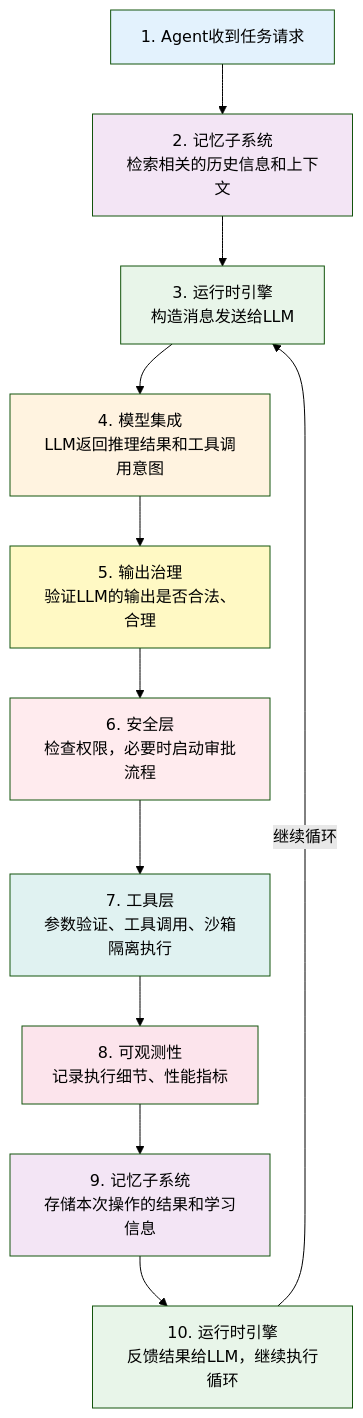
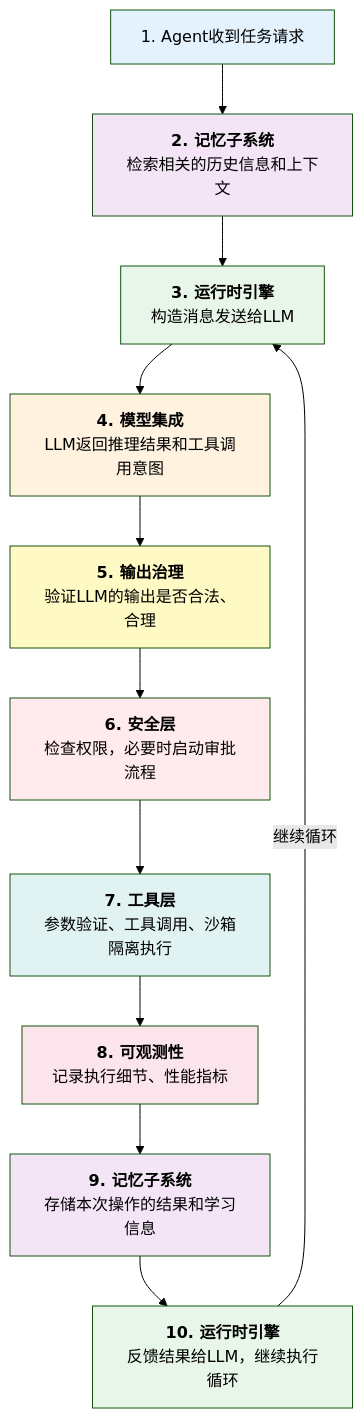
The fourth of 4 diagrams in 01_harness_intro/1.3_subsystems.md (yeasy/harness_engineering_guide), drawn with Mermaid (forest theme) before and after one commit. The commit also changed 26 other files, not shown here.

Commit message:
Add bold titles to Mermaid diagram nodes

````diff
--- a/01_harness_intro/1.3_subsystems.md
+++ b/01_harness_intro/1.3_subsystems.md
@@ -220,24 +220,24 @@
 ```mermaid
 flowchart TD
-    A["1. Agent收到任务请求"] --> B["2. 记忆子系统<br/>检索相关的历史信息和上下文"]
-    B --> C["3. 运行时引擎<br/>构造消息发送给LLM"]
-    C --> D["4. 模型集成<br/>LLM返回推理结果和工具调用意图"]
-    D --> E["5. 输出治理<br/>验证LLM的输出是否合法、合理"]
-    E --> F["6. 安全层<br/>检查权限，必要时启动审批流程"]
-    F --> G["7. 工具层<br/>参数验证、工具调用、沙箱隔离执行"]
-    G --> H["8. 可观测性<br/>记录执行细节、性能指标"]
-    H --> I["9. 记忆子系统<br/>存储本次操作的结果和学习信息"]
-    I --> J["10. 运行时引擎<br/>反馈结果给LLM，继续执行循环"]
+    A["1. Agent收到任务请求"] --> B["<b>2. 记忆子系统</b><br/>检索相关的历史信息和上下文"]
+    B --> C["<b>3. 运行时引擎</b><br/>构造消息发送给LLM"]
+    C --> D["<b>4. 模型集成</b><br/>LLM返回推理结果和工具调用意图"]
+    D --> E["<b>5. 输出治理</b><br/>验证LLM的输出是否合法、合理"]
+    E --> F["<b>6. 安全层</b><br/>检查权限，必要时启动审批流程"]
+    F --> G["<b>7. 工具层</b><br/>参数验证、工具调用、沙箱隔离执行"]
+    G --> H["<b>8. 可观测性</b><br/>记录执行细节、性能指标"]
+    H --> I["<b>9. 记忆子系统</b><br/>存储本次操作的结果和学习信息"]
+    I --> J["<b>10. 运行时引擎</b><br/>反馈结果给LLM，继续执行循环"]
     J -->|继续循环| C
 
     style A fill:#e3f2fd
     style B fill:#f3e5f5
     style C fill:#e8f5e9
     style D fill:#fff3e0
     style E fill:#fff9c4
     style F fill:#ffebee
     style G fill:#e0f2f1
     style H fill:#fce4ec
     style I fill:#f3e5f5
     style J fill:#e8f5e9
 ```
````
